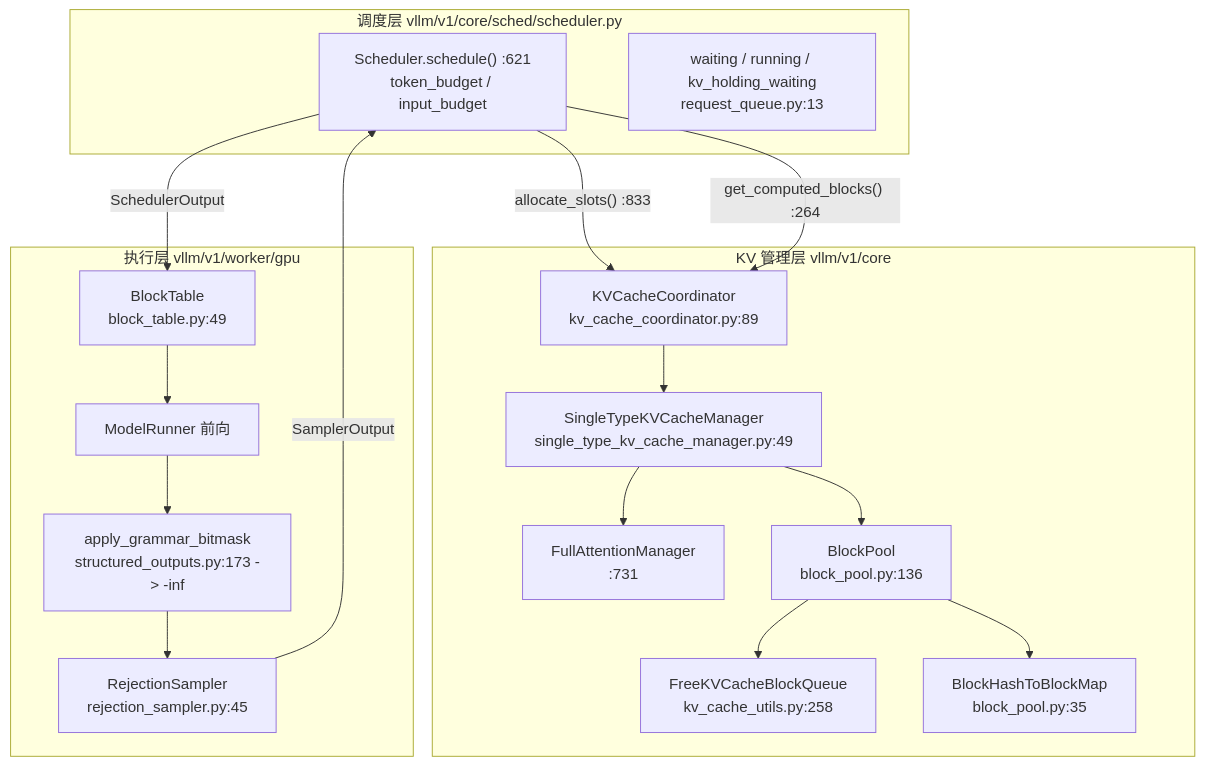
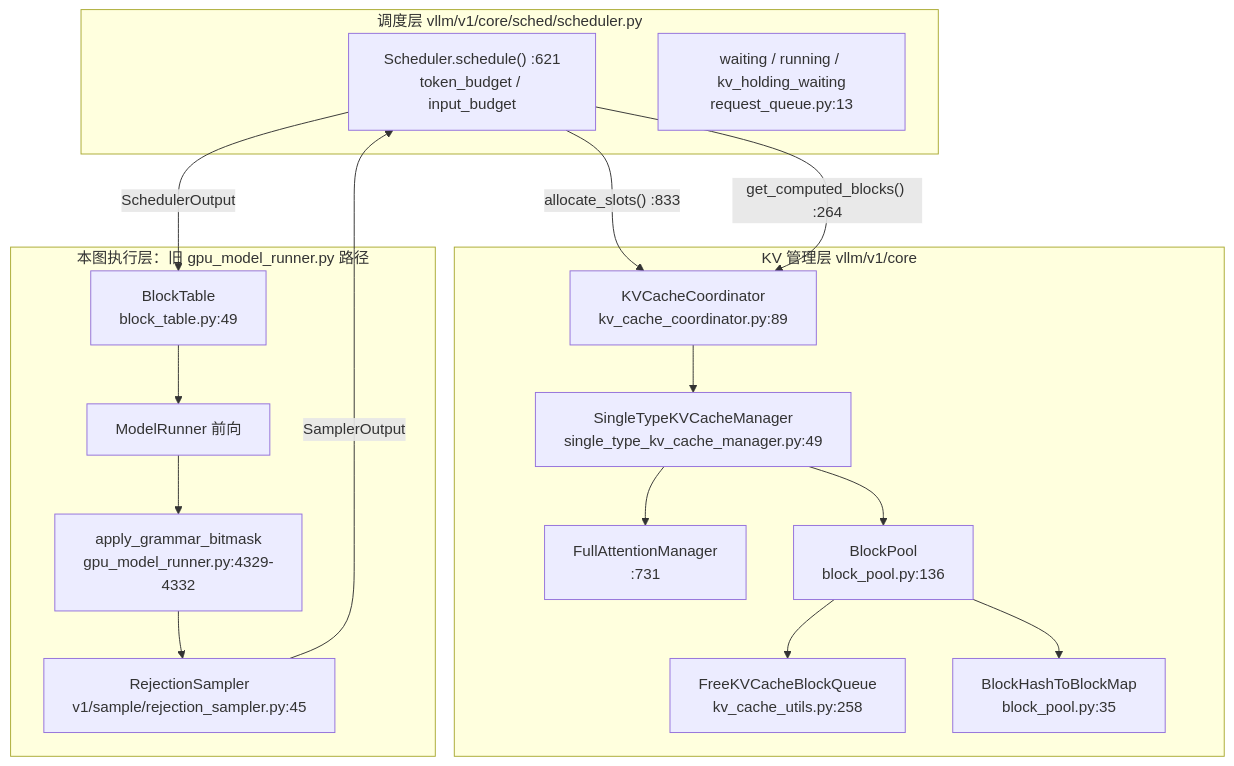
The first of 2 diagrams in OpenSource/vllm/report.md (zhoucanzong/ResearchReport), drawn with Mermaid before and after one commit. The commit also changed other lines of this file and 118 other files, not shown here.

````diff
--- a/OpenSource/vllm/report.md
+++ b/OpenSource/vllm/report.md
@@ -106,30 +108,30 @@
 ```mermaid
 flowchart TB
     subgraph SCHED["调度层 vllm/v1/core/sched/scheduler.py"]
         SCH["Scheduler.schedule() :621<br/>token_budget / input_budget"]
         PQ["waiting / running / kv_holding_waiting<br/>request_queue.py:13"]
     end
     subgraph KV["KV 管理层 vllm/v1/core"]
         COORD["KVCacheCoordinator<br/>kv_cache_coordinator.py:89"]
         STM["SingleTypeKVCacheManager<br/>single_type_kv_cache_manager.py:49"]
         FAM["FullAttentionManager<br/>:731"]
         BP["BlockPool<br/>block_pool.py:136"]
         FBQ["FreeKVCacheBlockQueue<br/>kv_cache_utils.py:258"]
         H2B["BlockHashToBlockMap<br/>block_pool.py:35"]
     end
-    subgraph WORKER["执行层 vllm/v1/worker/gpu"]
+    subgraph WORKER["本图执行层：旧 gpu_model_runner.py 路径"]
         BT["BlockTable<br/>block_table.py:49"]
         MR["ModelRunner 前向"]
-        BW["apply_grammar_bitmask<br/>structured_outputs.py:173 -> -inf"]
-        RS["RejectionSampler<br/>rejection_sampler.py:45"]
+        BW["apply_grammar_bitmask<br/>gpu_model_runner.py:4329-4332"]
+        RS["RejectionSampler<br/>v1/sample/rejection_sampler.py:45"]
     end
     SCH -->|"allocate_slots() :833"| COORD
     SCH -->|"get_computed_blocks() :264"| COORD
     COORD --> STM --> FAM
     STM --> BP
     BP --> FBQ
     BP --> H2B
     SCH -->|"SchedulerOutput"| BT
     BT --> MR --> BW --> RS
     RS -->|"SamplerOutput"| SCH
 ```
````
